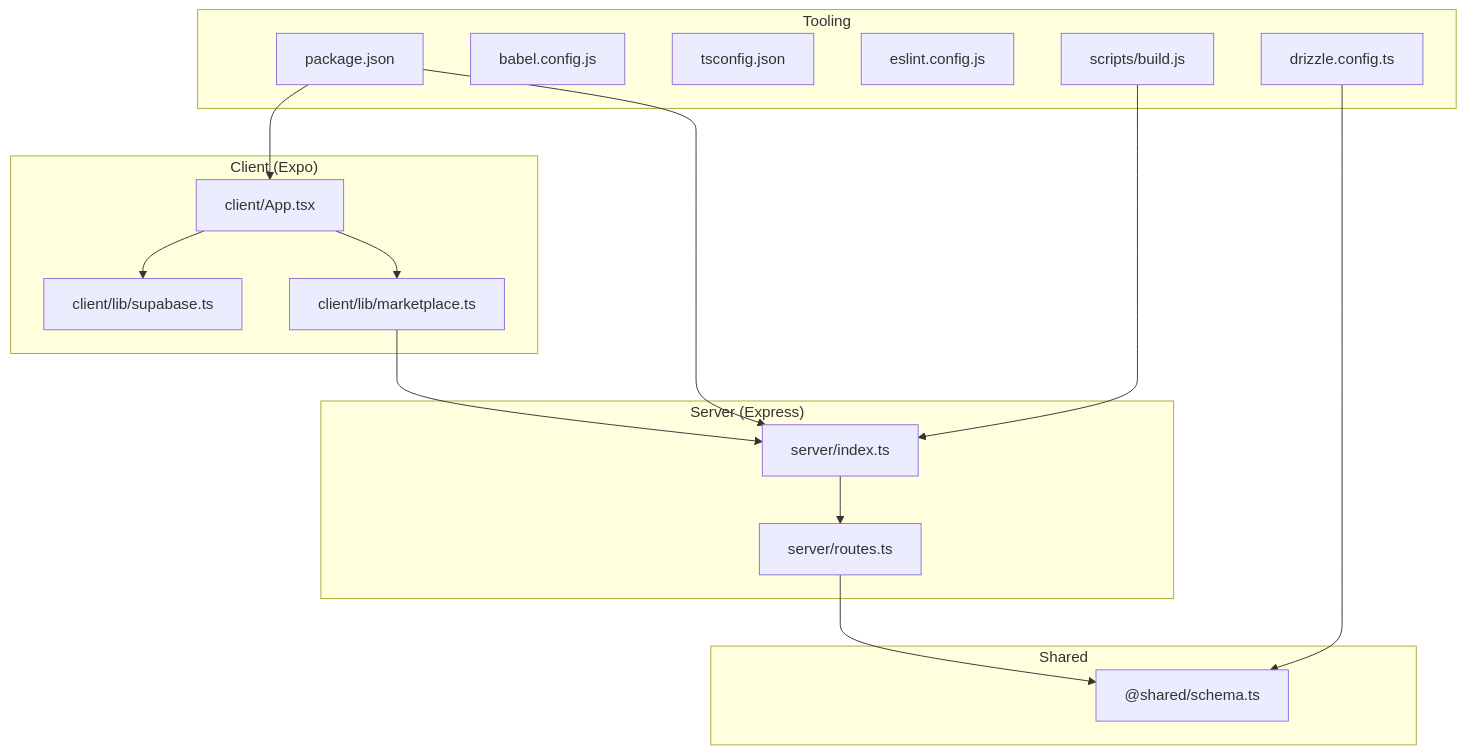
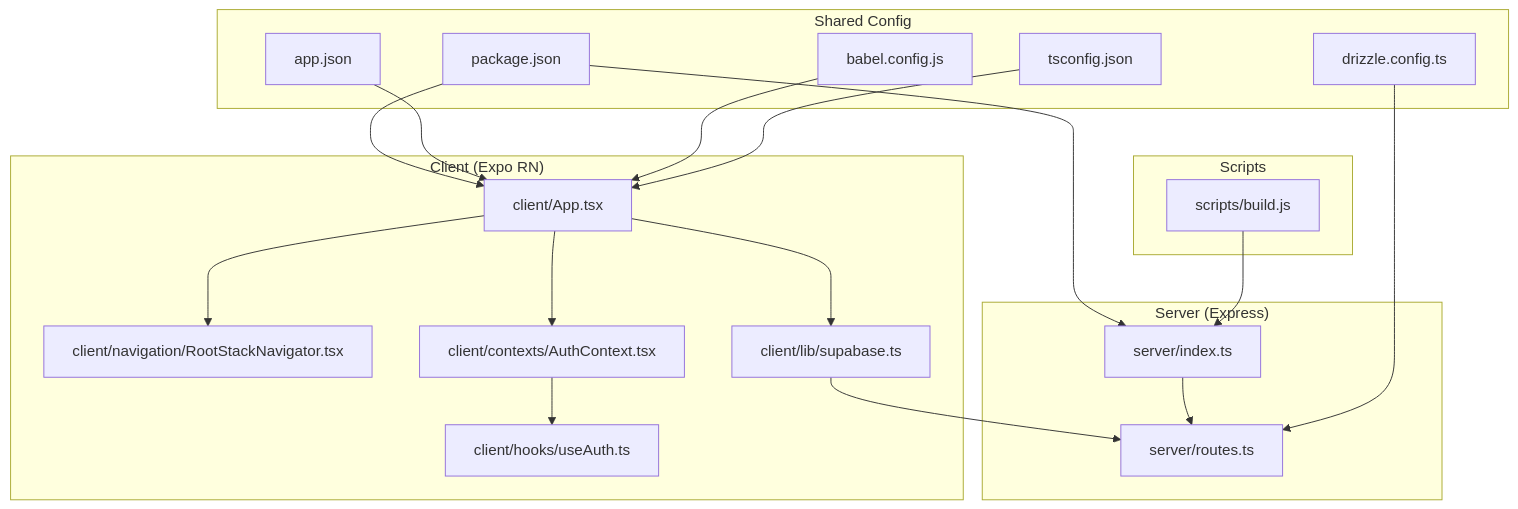
One commit to hunglevi87/Hidden-Gem changed the first of 7 diagrams in .qoder/repowiki/en/content/Getting Started.md. Above: the diagram before and after it, drawn with Mermaid. The commit also changed other lines of this file and 99 other files, not shown here.

````diff
--- a/.qoder/repowiki/en/content/Getting Started.md
+++ b/.qoder/repowiki/en/content/Getting Started.md
@@ -40,32 +40,37 @@
 ```mermaid
 graph TB
-subgraph "Client (Expo)"
+subgraph "Client (Expo RN)"
 A_App["client/App.tsx"]
-A_Supabase["client/lib/supabase.ts"]
-A_Marketplace["client/lib/marketplace.ts"]
+A_Nav["client/navigation/RootStackNavigator.tsx"]
+A_Supa["client/lib/supabase.ts"]
+A_AuthCtx["client/contexts/AuthContext.tsx"]
+A_UseAuth["client/hooks/useAuth.ts"]
 end
 subgraph "Server (Express)"
 S_Index["server/index.ts"]
 S_Routes["server/routes.ts"]
 end
-subgraph "Shared"
-SH_Schema["@shared/schema.ts"]
+subgraph "Shared Config"
+C_Pkg["package.json"]
+C_App["app.json"]
+C_Babel["babel.config.js"]
+C_TS["tsconfig.json"]
+C_DrizCfg["drizzle.config.ts"]
 end
-subgraph "Tooling"
-T_Pkg["package.json"]
-T_Babel["babel.config.js"]
-T_TS["tsconfig.json"]
-T_ESLint["eslint.config.js"]
-T_Drizzle["drizzle.config.ts"]
-T_Build["scripts/build.js"]
+subgraph "Scripts"
+Sc_Build["scripts/build.js"]
 end
-A_App --> A_Supabase
-A_App --> A_Marketplace
-A_Marketplace --> S_Index
+A_App --> A_Nav
+A_App --> A_Supa
+A_App --> A_AuthCtx
+A_AuthCtx --> A_UseAuth
+A_Supa --> S_Routes
 S_Index --> S_Routes
-S_Routes --> SH_Schema
-T_Pkg --> S_Index
-T_Pkg --> A_App
-T_Drizzle --> SH_Schema
-T_Build --> S_Index
+C_Pkg --> A_App
+C_Pkg --> S_Index
+C_App --> A_App
+C_Babel --> A_App
+C_TS --> A_App
+C_DrizCfg --> S_Routes
+Sc_Build --> S_Index
 ```
````
